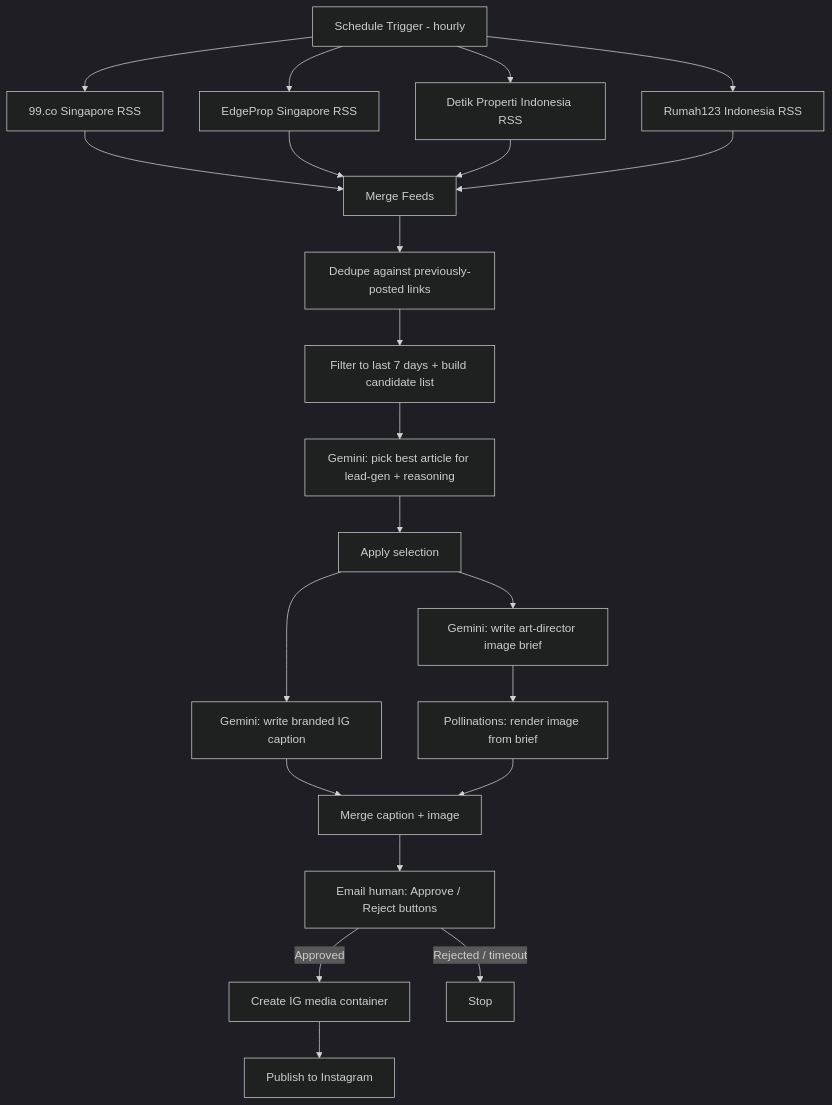
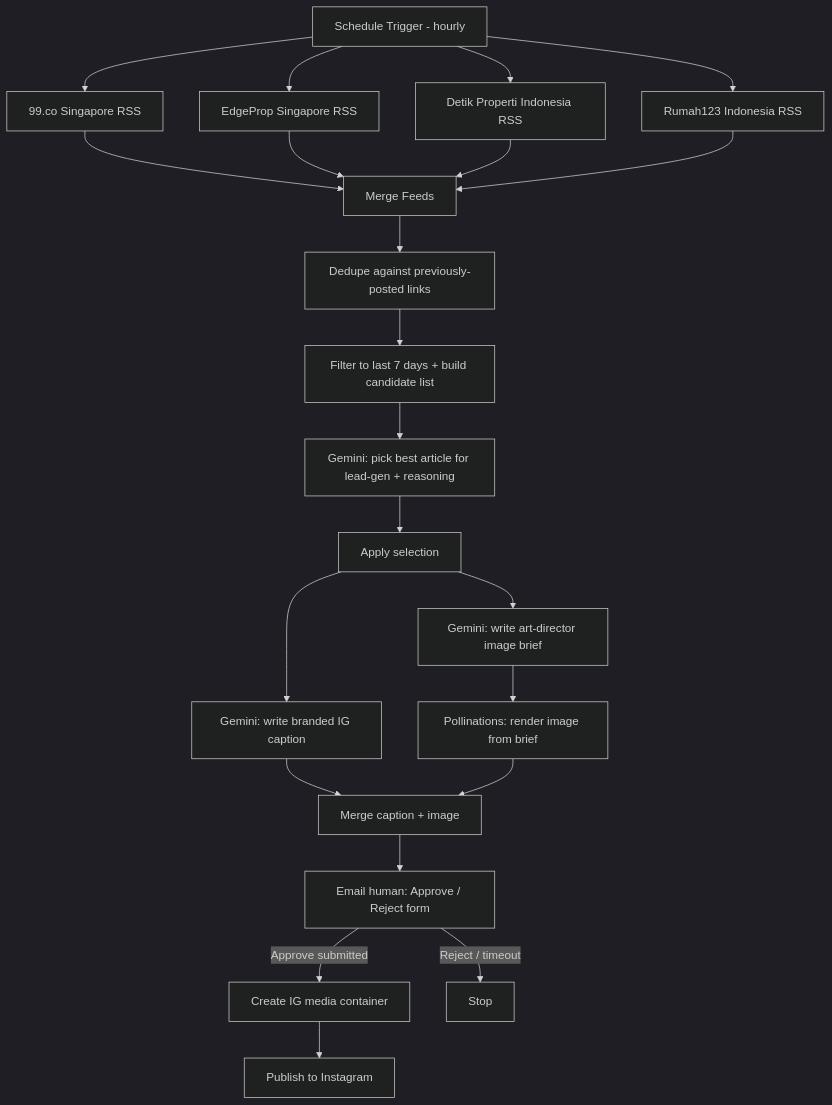
The diagram in README.md (adlrmdn/rumah123-ig-news-bot), drawn with Mermaid (dark theme) before and after one commit. The commit also changed other lines of this file and 4 other files, not shown here.

````diff
--- a/README.md
+++ b/README.md
@@ -19,24 +19,24 @@
 ```mermaid
 flowchart TD
     A[Schedule Trigger - hourly] --> B1[99.co Singapore RSS]
     A --> B2[EdgeProp Singapore RSS]
     A --> B3[Detik Properti Indonesia RSS]
     A --> B4[Rumah123 Indonesia RSS]
     B1 --> C[Merge Feeds]
     B2 --> C
     B3 --> C
     B4 --> C
     C --> D[Dedupe against previously-posted links]
     D --> E[Filter to last 7 days + build candidate list]
     E --> F[Gemini: pick best article for lead-gen + reasoning]
     F --> G[Apply selection]
     G --> H1[Gemini: write branded IG caption]
     G --> H2[Gemini: write art-director image brief]
     H2 --> I[Pollinations: render image from brief]
     H1 --> J[Merge caption + image]
     I --> J
-    J --> K[Email human: Approve / Reject buttons]
-    K -->|Approved| L1[Create IG media container]
-    K -->|Rejected / timeout| M[Stop]
+    J --> K[Email human: Approve / Reject form]
+    K -->|Approve submitted| L1[Create IG media container]
+    K -->|Reject / timeout| M[Stop]
     L1 --> L2[Publish to Instagram]
 ```
````
